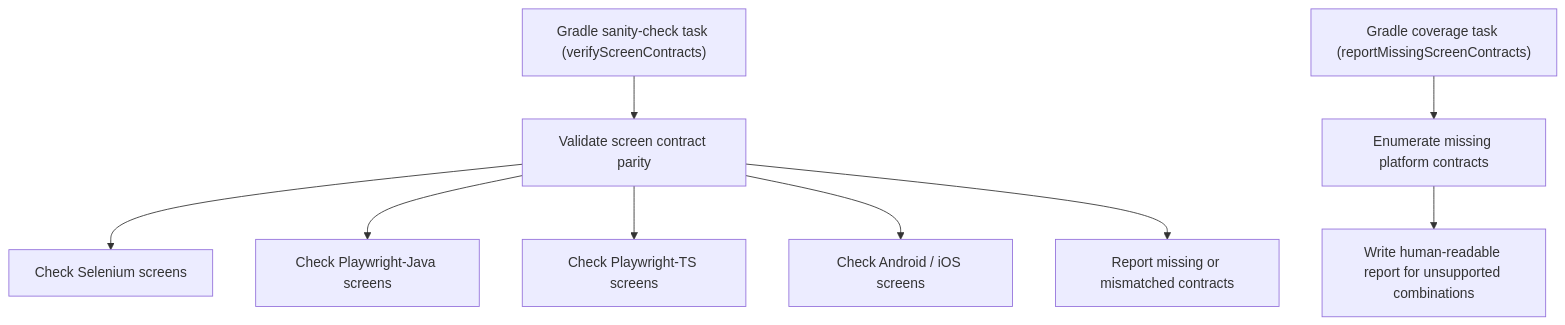
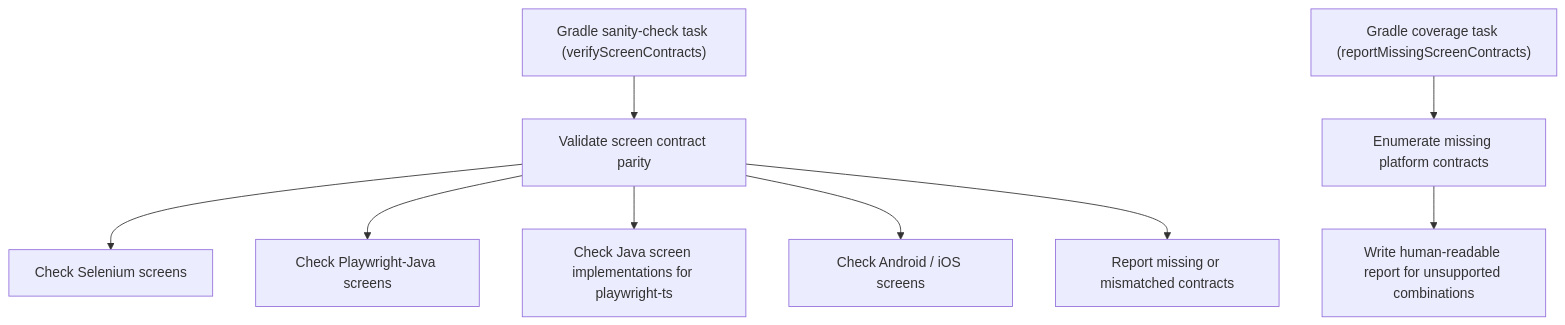
One commit to znsio/teswiz changed the third of 3 diagrams in docs/Architecture-README.md. Above: the diagram before and after it, drawn with Mermaid. The commit also changed other lines of this file and 6 other files, not shown here.

Commit message:
Add Playwright TS Google Search screens and local web config     Clarify playwright-ts screen terminology in docs

````diff
--- a/docs/Architecture-README.md
+++ b/docs/Architecture-README.md
@@ -80,12 +80,12 @@
 ```mermaid
 flowchart TD
     G["Gradle sanity-check task (verifyScreenContracts)"] --> C[Validate screen contract parity]
     C --> S1[Check Selenium screens]
     C --> S2[Check Playwright-Java screens]
-    C --> S3[Check Playwright-TS screens]
+    C --> S3["Check Java screen implementations for playwright-ts"]
     C --> S4[Check Android / iOS screens]
     C --> R[Report missing or mismatched contracts]
 
     M["Gradle coverage task (reportMissingScreenContracts)"] --> B[Enumerate missing platform contracts]
     B --> OUT[Write human-readable report for unsupported combinations]
 ```
````
